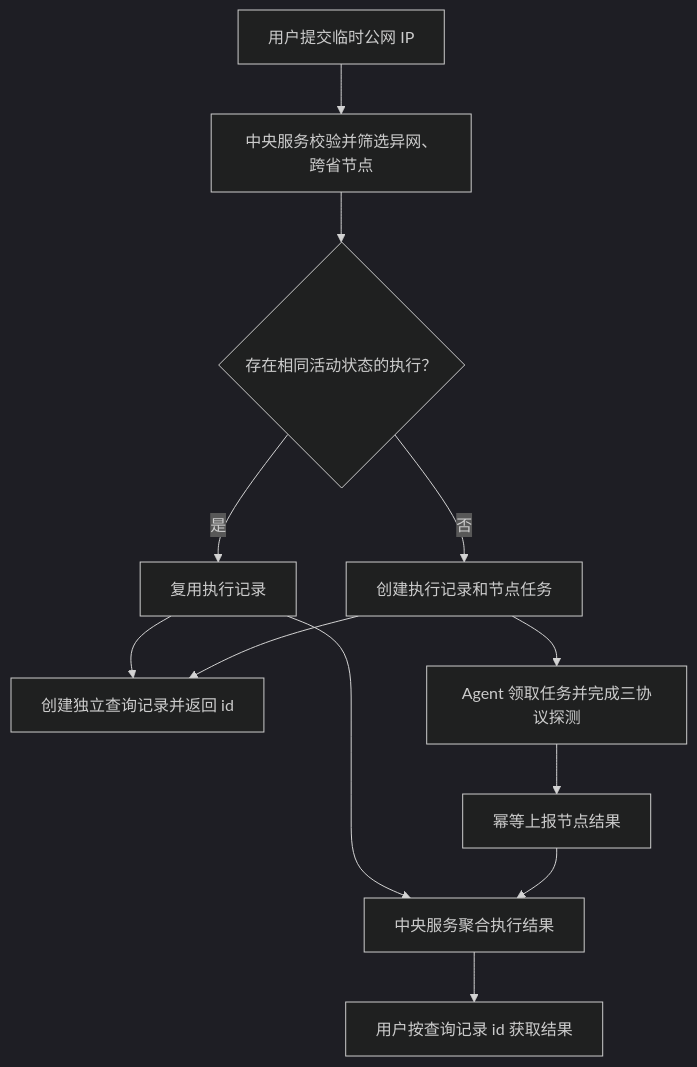
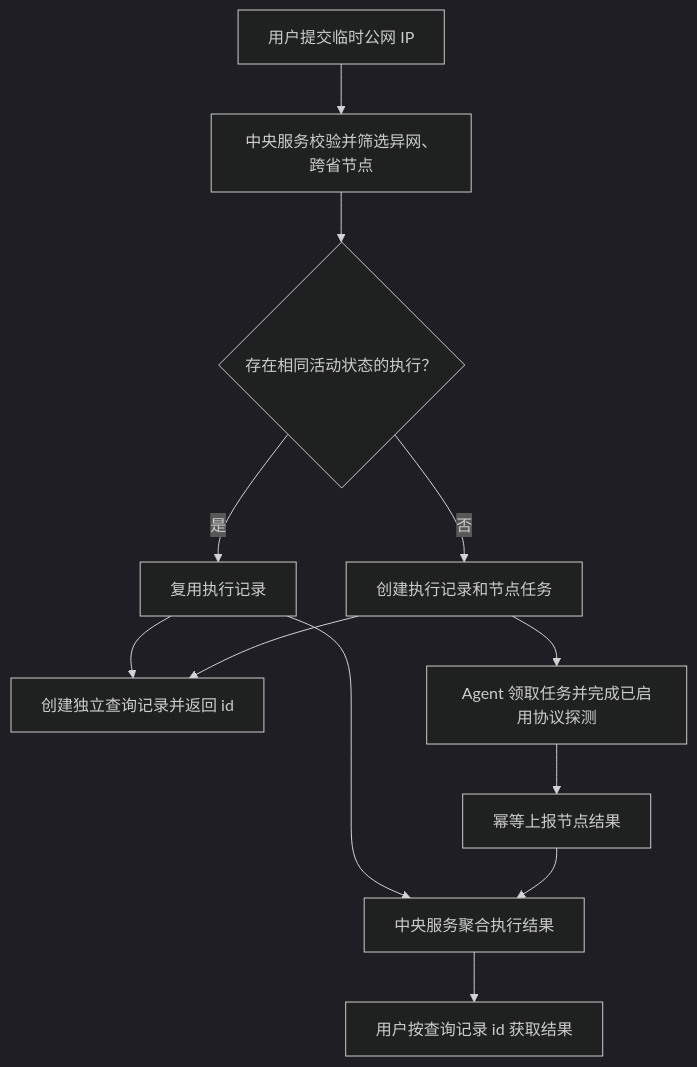
One commit to liyinred/NetPulse-xiaohe changed the third of 3 diagrams in docs/system-design.md. Above: the diagram before and after it, drawn with Mermaid (dark theme). The commit also changed other lines of this file and 24 other files, not shown here.

````diff
--- a/docs/system-design.md
+++ b/docs/system-design.md
@@ -215,14 +221,14 @@
 ```mermaid
 flowchart TD
     Submit["用户提交临时公网 IP"] --> Prepare["中央服务校验并筛选异网、跨省节点"]
     Prepare --> Active{"存在相同活动状态的执行？"}
     Active -- 是 --> Reuse["复用执行记录"]
     Active -- 否 --> Create["创建执行记录和节点任务"]
     Reuse --> Query["创建独立查询记录并返回 id"]
     Create --> Query
-    Create --> Probe["Agent 领取任务并完成三协议探测"]
+    Create --> Probe["Agent 领取任务并完成已启用协议探测"]
     Probe --> Report["幂等上报节点结果"]
     Reuse --> Aggregate["中央服务聚合执行结果"]
     Report --> Aggregate
     Aggregate --> Result["用户按查询记录 id 获取结果"]
 ```
````
